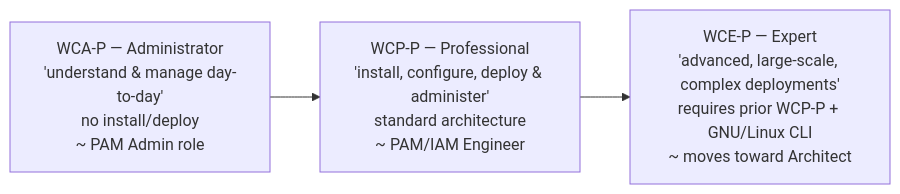
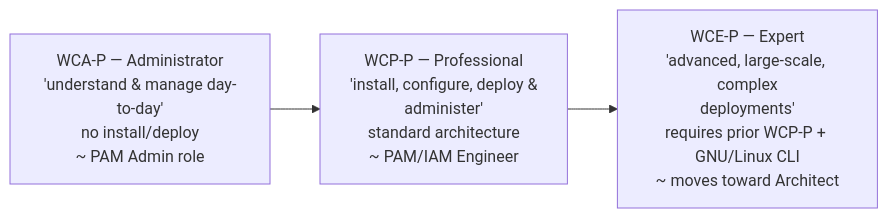
One commit to morandeirachema/WallixCerts changed the third of 4 diagrams in career/sysadmin-to-pam-roadmap.md. Above: the diagram before and after it, drawn with Mermaid. The commit also changed 37 other files, not shown here.

First line of the commit message:
Make Mermaid node boxes fit their text (wrap long labels) + enforce it

````diff
--- a/career/sysadmin-to-pam-roadmap.md
+++ b/career/sysadmin-to-pam-roadmap.md
@@ -232,8 +232,8 @@
 ```mermaid
 flowchart LR
     wca["WCA-P — Administrator<br/>'understand & manage day-to-day'<br/>no install/deploy<br/>~ PAM Admin role"]
-    wcp["WCP-P — Professional<br/>'install, configure, deploy & administer'<br/>standard architecture<br/>~ PAM/IAM Engineer"]
-    wce["WCE-P — Expert<br/>'advanced, large-scale, complex deployments'<br/>requires prior WCP-P + GNU/Linux CLI<br/>~ moves toward Architect"]
+    wcp["WCP-P — Professional<br/>'install, configure, deploy &<br/>administer'<br/>standard architecture<br/>~ PAM/IAM Engineer"]
+    wce["WCE-P — Expert<br/>'advanced, large-scale, complex<br/>deployments'<br/>requires prior WCP-P + GNU/Linux CLI<br/>~ moves toward Architect"]
 
     wca --> wcp --> wce
 ```
````
